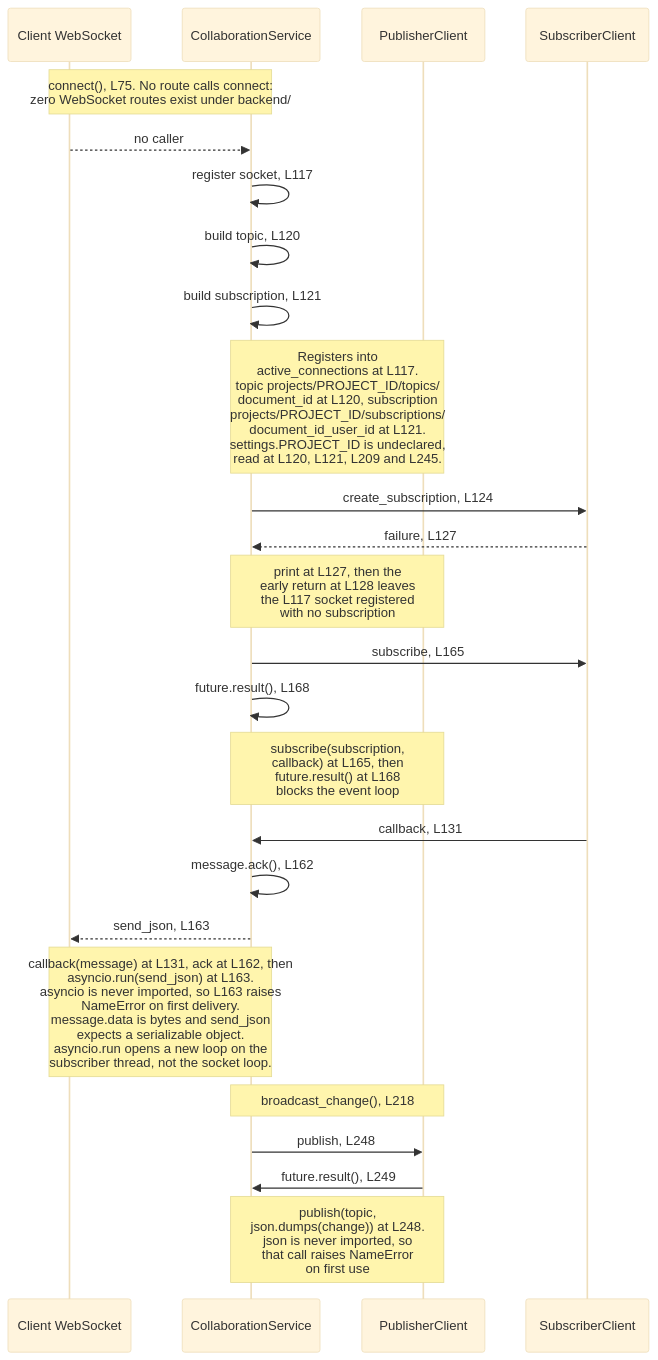
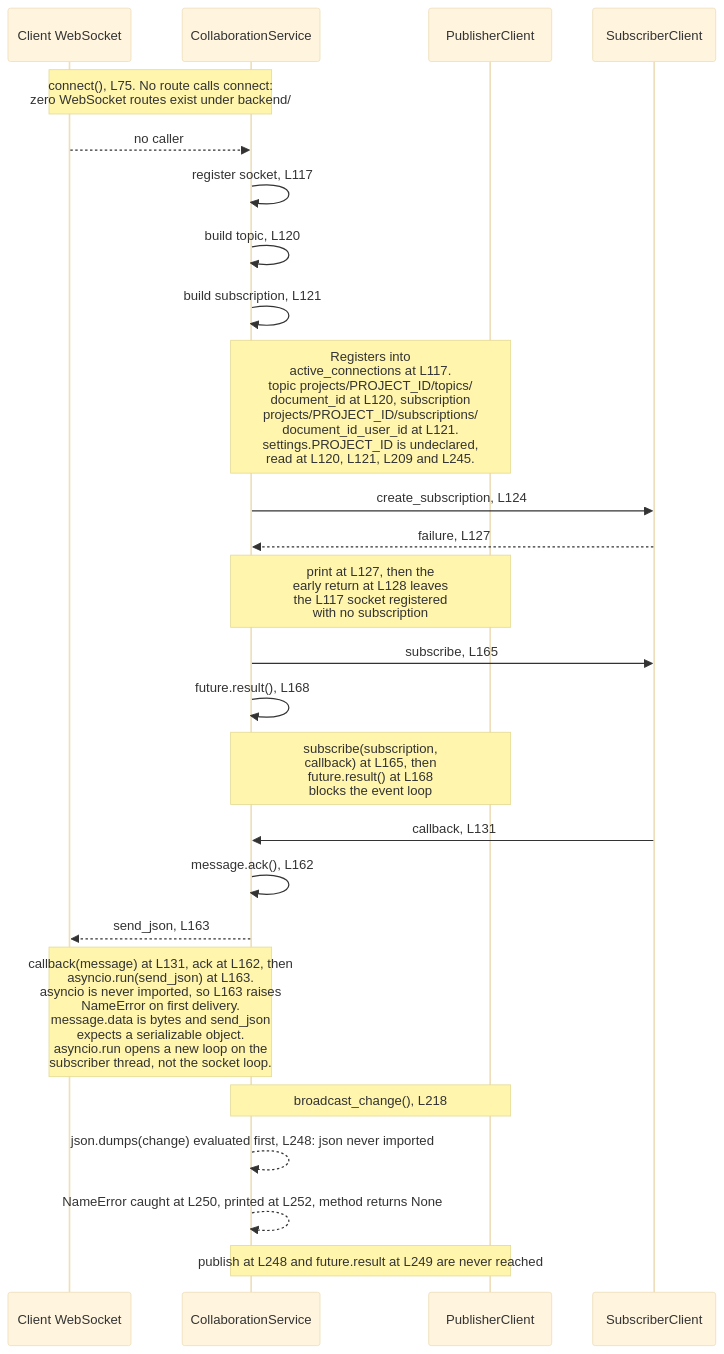
One commit to blitzy-public-samples/microsoft-word-u33ko0 changed the first of 2 diagrams in backend/app/services/README.md. Above: the diagram before and after it, drawn with Mermaid (base theme). The commit also changed other lines of this file and 50 other files, not shown here.

````diff
--- a/backend/app/services/README.md
+++ b/backend/app/services/README.md
@@ -129,30 +129,30 @@
 ```mermaid
 sequenceDiagram
     accTitle: The per-document Pub/Sub collaboration fan-out
     accDescr: No route calls connect, so the whole exchange is unreachable. Inside it, an early return leaves a socket registered with no subscription, and two undefined module names raise on first delivery and first publish.
     participant WS as Client WebSocket
     participant CS as CollaborationService
     participant PUB as PublisherClient
     participant SUB as SubscriberClient
 
     Note over WS,CS: connect(), L75. No route calls connect:<br/>zero WebSocket routes exist under backend/
     WS -->> CS: no caller
     CS ->> CS: register socket, L117
     CS ->> CS: build topic, L120
     CS ->> CS: build subscription, L121
     Note over CS,PUB: Registers into<br/>active_connections at L117.<br/>topic projects/PROJECT_ID/topics/<br/>document_id at L120, subscription<br/>projects/PROJECT_ID/subscriptions/<br/>document_id_user_id at L121.<br/>settings.PROJECT_ID is undeclared,<br/>read at L120, L121, L209 and L245.
     CS ->> SUB: create_subscription, L124
     SUB -->> CS: failure, L127
     Note over CS,PUB: print at L127, then the<br/>early return at L128 leaves<br/>the L117 socket registered<br/>with no subscription
     CS ->> SUB: subscribe, L165
     CS ->> CS: future.result(), L168
     Note over CS,PUB: subscribe(subscription,<br/>callback) at L165, then<br/>future.result() at L168<br/>blocks the event loop
     SUB ->> CS: callback, L131
     CS ->> CS: message.ack(), L162
     CS -->> WS: send_json, L163
     Note over WS,CS: callback(message) at L131, ack at L162, then<br/>asyncio.run(send_json) at L163.<br/>asyncio is never imported, so L163 raises<br/>NameError on first delivery.<br/>message.data is bytes and send_json<br/>expects a serializable object.<br/>asyncio.run opens a new loop on the<br/>subscriber thread, not the socket loop.
     Note over CS,PUB: broadcast_change(), L218
-    CS ->> PUB: publish, L248
-    PUB ->> CS: future.result(), L249
-    Note over CS,PUB: publish(topic,<br/>json.dumps(change)) at L248.<br/>json is never imported, so<br/>that call raises NameError<br/>on first use
+    CS -->> CS: json.dumps(change) evaluated first, L248: json never imported
+    CS -->> CS: NameError caught at L250, printed at L252, method returns None
+    Note over CS,PUB: publish at L248 and future.result at L249 are never reached
 ```
````
